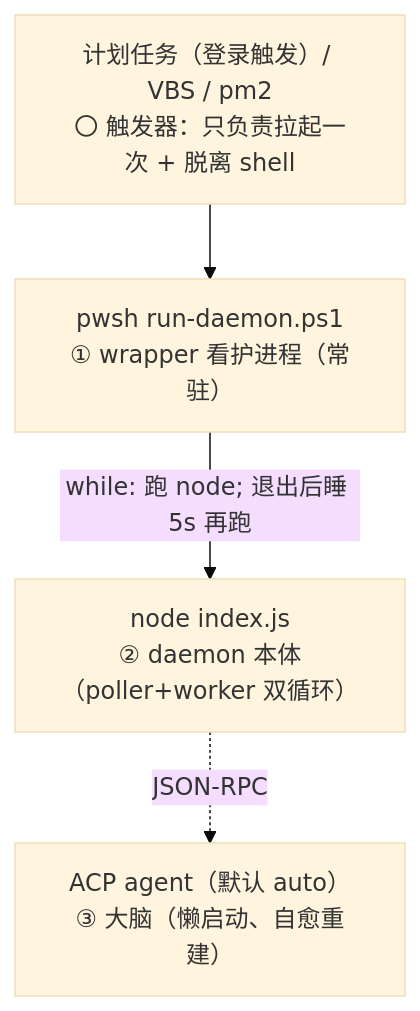
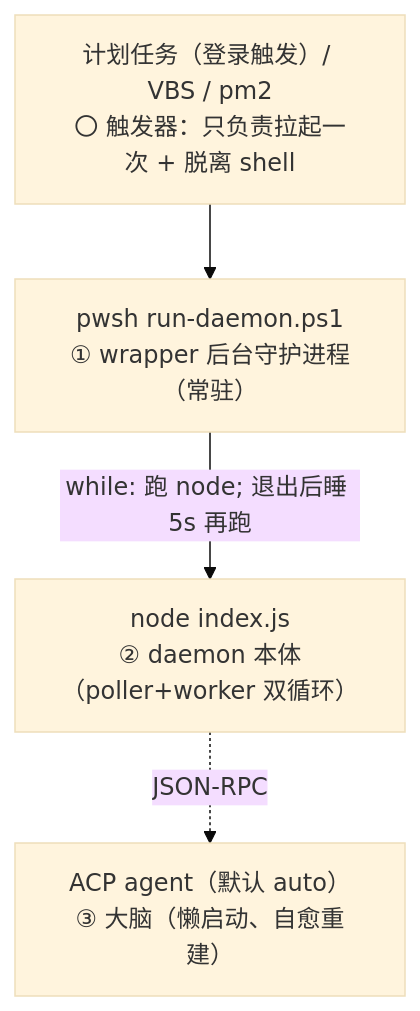
One commit to imwangpan/WeMind changed the diagram in docs/repowiki/10-部署与运维.md. Above: the diagram before and after it, drawn with Mermaid (base theme). The commit also changed other lines of this file and 54 other files, not shown here.

First line of the commit message:
docs+fix: 术语第四轮——daemon 不再叫「守护进程」，watchdog 统一叫「后台守护进程」，「预设」清零

````diff
--- a/docs/repowiki/10-部署与运维.md
+++ b/docs/repowiki/10-部署与运维.md
@@ -15,10 +15,10 @@
 ```mermaid
 graph TD
     T["计划任务（登录触发）/ VBS / pm2<br/>〇 触发器：只负责拉起一次 + 脱离 shell"]
-    W["pwsh run-daemon.ps1<br/>① wrapper 看护进程（常驻）"]
+    W["pwsh run-daemon.ps1<br/>① wrapper 后台守护进程（常驻）"]
     N["node index.js<br/>② daemon 本体（poller+worker 双循环）"]
     B["ACP agent（默认 auto）<br/>③ 大脑（懒启动、自愈重建）"]
     T --> W
     W -->|"while: 跑 node; 退出后睡 5s 再跑"| N
     N -.JSON-RPC.-> B
 ```
````
